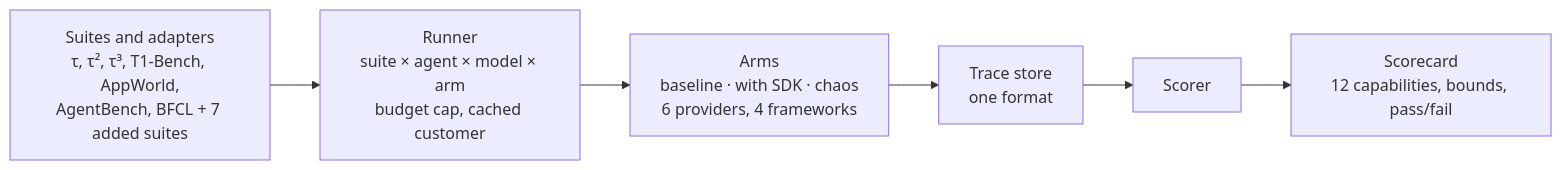
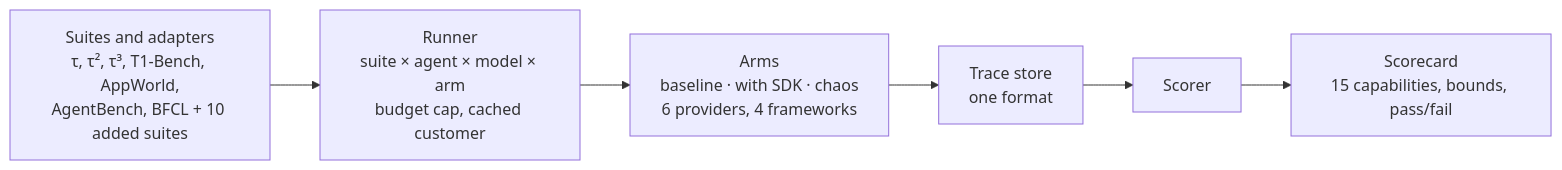
The diagram in README.md (kbhatnagar1506/agentcompile-bench), drawn with Mermaid before and after one commit. The commit also changed 1 other file, not shown here.

Commit message:
docs: fix capability, suite and milestone counts in the spec
The spec lists C1-C15, ten added suites and seven milestones, but the
text said twelve, seven and six. Suite 8 named a `templated` voice; the
voice values are `template` and `worded`. README diagram updated to match.

````diff
--- a/README.md
+++ b/README.md
@@ -7,7 +7,7 @@
 ```mermaid
 flowchart LR
-  S["Suites and adapters<br/>τ, τ², τ³, T1-Bench, AppWorld,<br/>AgentBench, BFCL + 7 added suites"] --> R["Runner<br/>suite × agent × model × arm<br/>budget cap, cached customer"]
+  S["Suites and adapters<br/>τ, τ², τ³, T1-Bench, AppWorld,<br/>AgentBench, BFCL + 10 added suites"] --> R["Runner<br/>suite × agent × model × arm<br/>budget cap, cached customer"]
   R --> A["Arms<br/>baseline · with SDK · chaos<br/>6 providers, 4 frameworks"]
   A --> T["Trace store<br/>one format"]
-  T --> SC["Scorer"] --> C["Scorecard<br/>12 capabilities, bounds, pass/fail"]
+  T --> SC["Scorer"] --> C["Scorecard<br/>15 capabilities, bounds, pass/fail"]
 ```
````
